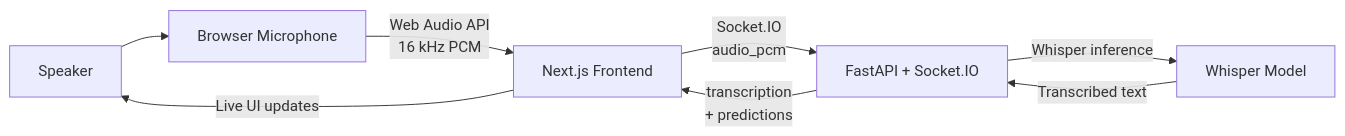
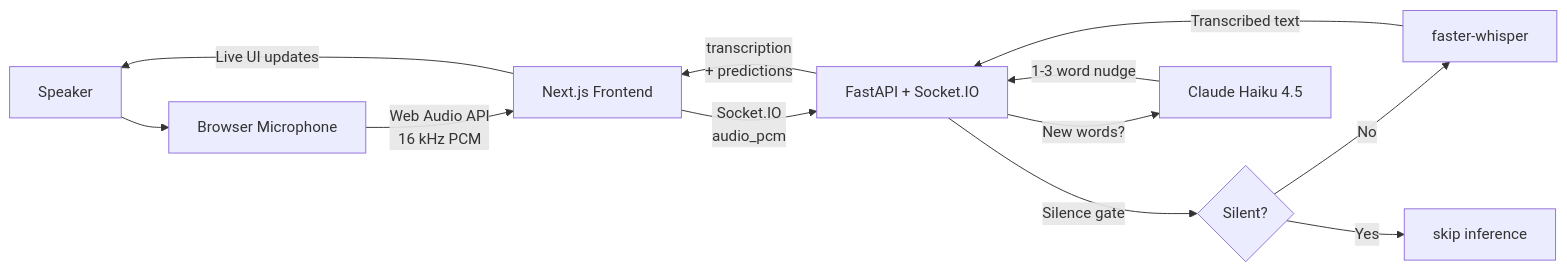
One commit to bartheart/Teleprompt changed the first of 3 diagrams in README.md. Above: the diagram before and after it, drawn with Mermaid. The commit also changed other lines of this file and 2 other files, not shown here.

````diff
--- a/README.md
+++ b/README.md
@@ -22,10 +24,14 @@
 ```mermaid
 flowchart LR
     User[Speaker] --> Mic[Browser Microphone]
     Mic -->|Web Audio API\n16 kHz PCM| FE[Next.js Frontend]
     FE -->|Socket.IO\naudio_pcm| BE[FastAPI + Socket.IO]
-    BE -->|Whisper inference| ASR[Whisper Model]
-    ASR -->|Transcribed text| BE
+    BE -->|Silence gate| SG{Silent?}
+    SG -->|No| Whisper[faster-whisper]
+    SG -->|Yes| Skip[skip inference]
+    Whisper -->|Transcribed text| BE
+    BE -->|New words?| Claude[Claude Haiku 4.5]
+    Claude -->|1-3 word nudge| BE
     BE -->|transcription\n+ predictions| FE
     FE -->|Live UI updates| User
 ```
````
